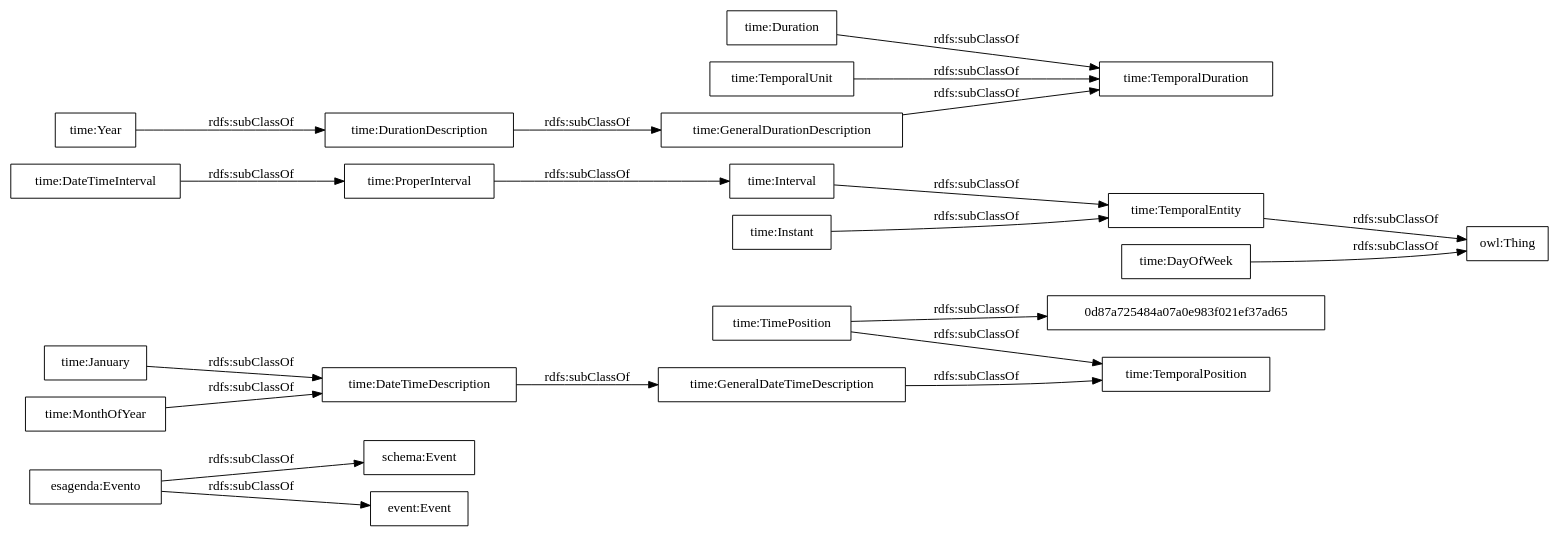
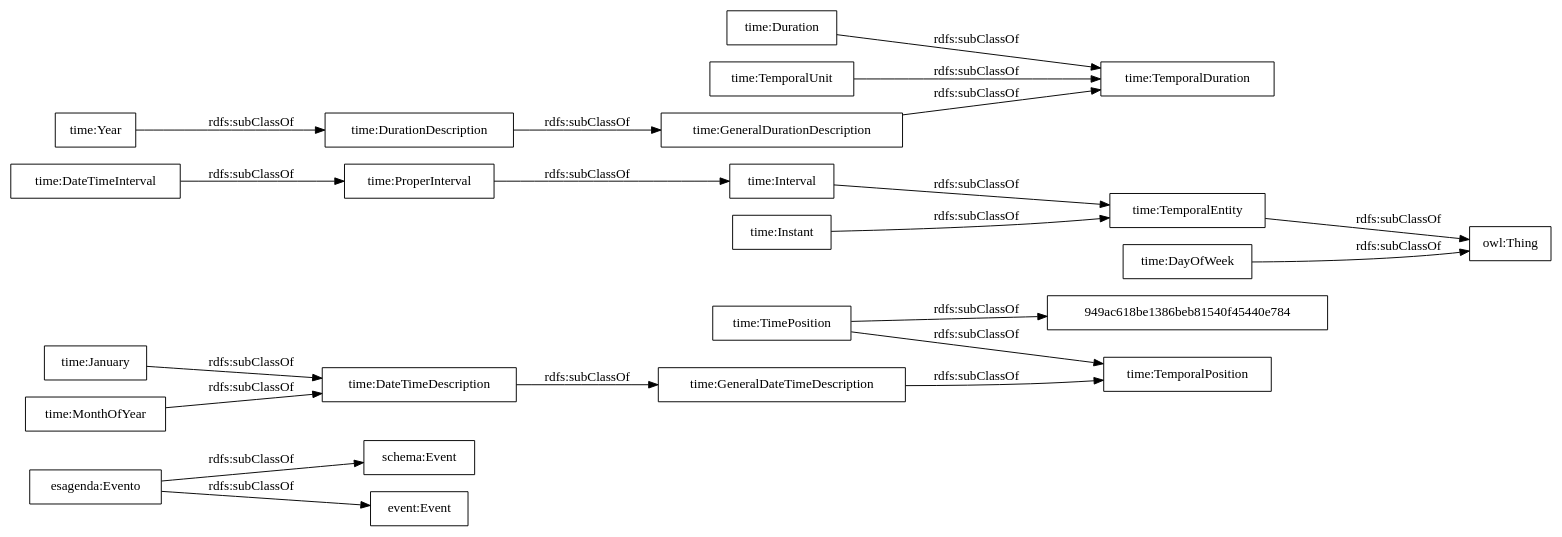
The diagram in OnToology/agenda.owl/diagrams/ar2dtool-taxonomy/agenda.owl.png.dot (paoespinozarias/cultura-ocio-agenda-eventos-actividades), drawn with Graphviz before and after one commit. The commit also changed 5 other files, not shown here.

```diff
--- a/OnToology/agenda.owl/diagrams/ar2dtool-taxonomy/agenda.owl.png.dot
+++ b/OnToology/agenda.owl/diagrams/ar2dtool-taxonomy/agenda.owl.png.dot
@@ -1,25 +1,25 @@
 digraph ar2dtool_diagram { 
 rankdir=LR;
 size="1000"
-node [shape = rectangle, color="black"]; "esagenda:Evento" "schema:Event" "event:Event" "time:GeneralDateTimeDescription" "time:DateTimeInterval" "time:DurationDescription" "0d87a725484a07a0e983f021ef37ad65" "time:TemporalDuration" "time:Duration" "time:GeneralDurationDescription" "time:January" "time:ProperInterval" "time:TimePosition" "time:TemporalPosition" "time:Interval" "time:TemporalEntity" "time:Year" "time:MonthOfYear" "time:DateTimeDescription" "time:TemporalUnit" "time:Instant" "time:DayOfWeek" ; /*classes style*/
+node [shape = rectangle, color="black"]; "esagenda:Evento" "schema:Event" "event:Event" "time:GeneralDateTimeDescription" "time:DateTimeInterval" "time:DurationDescription" "949ac618be1386beb81540f45440e784" "time:TemporalDuration" "time:Duration" "time:GeneralDurationDescription" "time:January" "time:ProperInterval" "time:TimePosition" "time:TemporalPosition" "time:Interval" "time:TemporalEntity" "time:Year" "time:MonthOfYear" "time:DateTimeDescription" "time:TemporalUnit" "time:Instant" "time:DayOfWeek" ; /*classes style*/
 	"time:TemporalEntity" -> "owl:Thing" [ label = "rdfs:subClassOf" ];
 	"time:DateTimeInterval" -> "time:ProperInterval" [ label = "rdfs:subClassOf" ];
 	"time:DayOfWeek" -> "owl:Thing" [ label = "rdfs:subClassOf" ];
 	"time:TemporalUnit" -> "time:TemporalDuration" [ label = "rdfs:subClassOf" ];
 	"time:Year" -> "time:DurationDescription" [ label = "rdfs:subClassOf" ];
 	"time:Interval" -> "time:TemporalEntity" [ label = "rdfs:subClassOf" ];
 	"time:MonthOfYear" -> "time:DateTimeDescription" [ label = "rdfs:subClassOf" ];
 	"time:GeneralDurationDescription" -> "time:TemporalDuration" [ label = "rdfs:subClassOf" ];
 	"time:GeneralDateTimeDescription" -> "time:TemporalPosition" [ label = "rdfs:subClassOf" ];
 	"time:DateTimeDescription" -> "time:GeneralDateTimeDescription" [ label = "rdfs:subClassOf" ];
 	"time:DurationDescription" -> "time:GeneralDurationDescription" [ label = "rdfs:subClassOf" ];
-	"time:TimePosition" -> "0d87a725484a07a0e983f021ef37ad65" [ label = "rdfs:subClassOf" ];
+	"time:TimePosition" -> "949ac618be1386beb81540f45440e784" [ label = "rdfs:subClassOf" ];
 	"time:TimePosition" -> "time:TemporalPosition" [ label = "rdfs:subClassOf" ];
 	"time:January" -> "time:DateTimeDescription" [ label = "rdfs:subClassOf" ];
 	"time:ProperInterval" -> "time:Interval" [ label = "rdfs:subClassOf" ];
 	"time:Instant" -> "time:TemporalEntity" [ label = "rdfs:subClassOf" ];
 	"esagenda:Evento" -> "schema:Event" [ label = "rdfs:subClassOf" ];
 	"esagenda:Evento" -> "event:Event" [ label = "rdfs:subClassOf" ];
 	"time:Duration" -> "time:TemporalDuration" [ label = "rdfs:subClassOf" ];
 
 }
```
